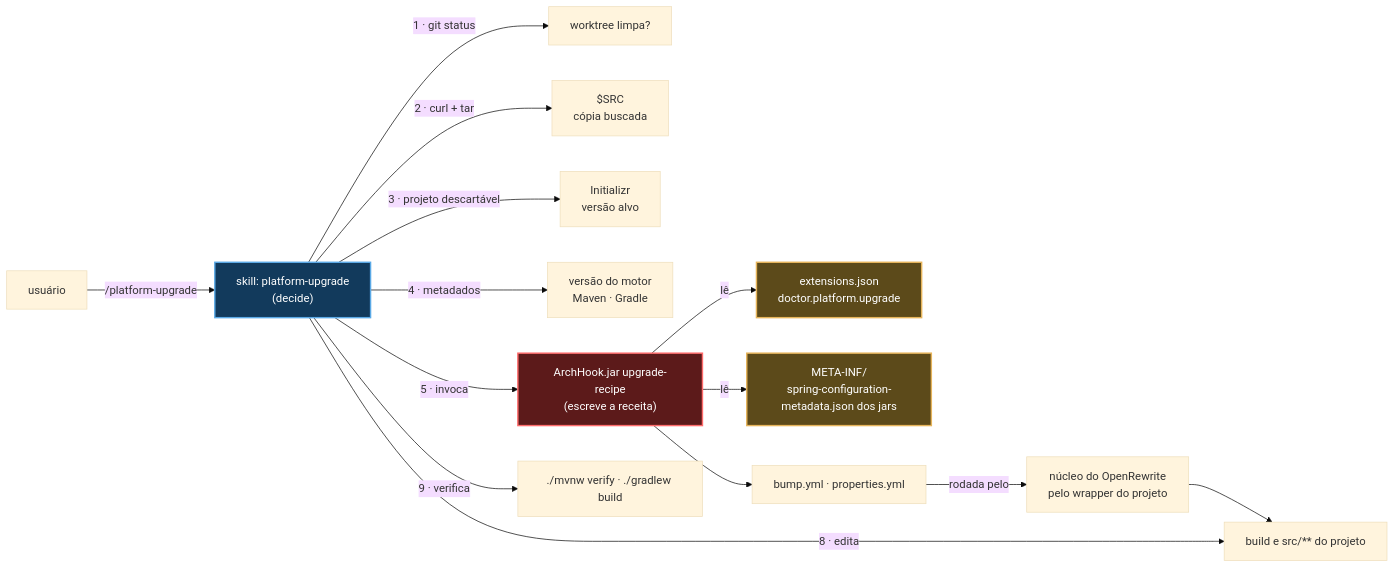
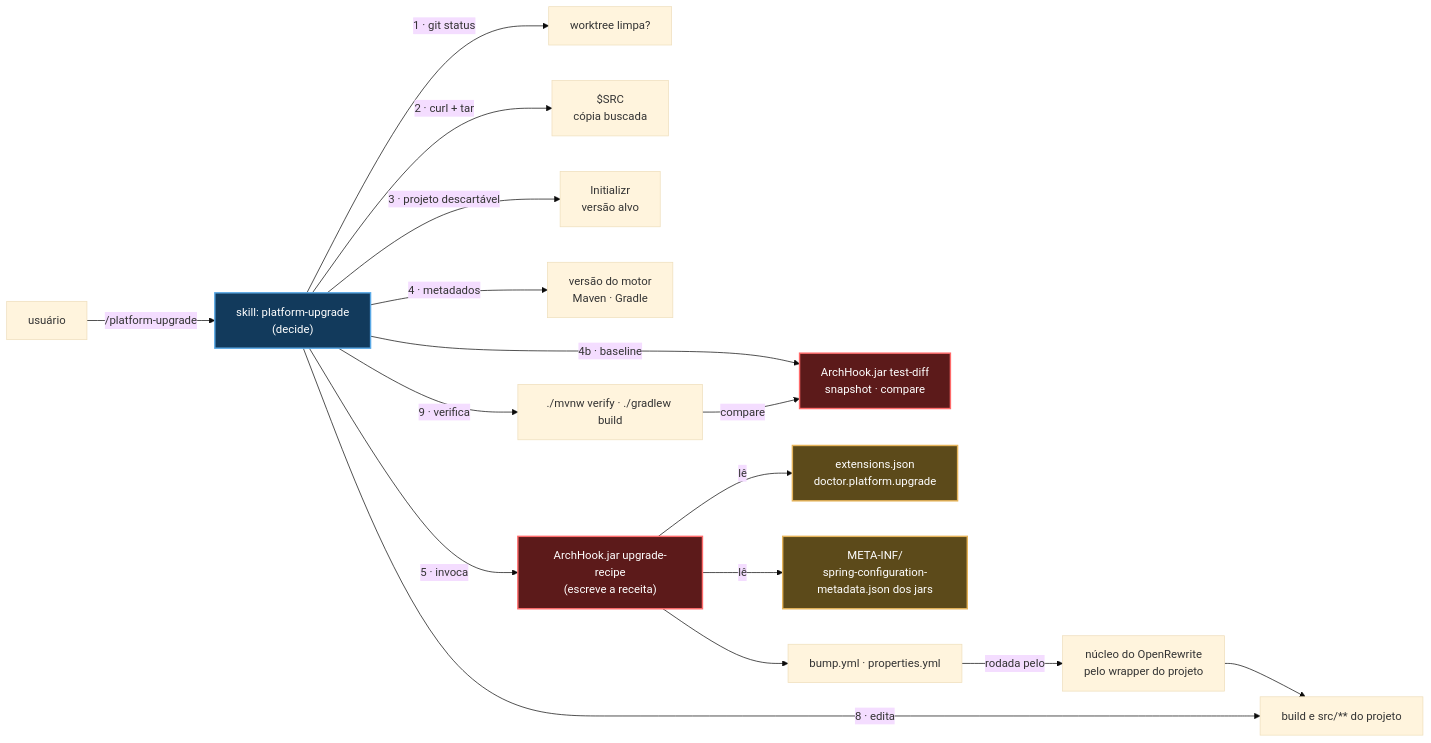
Before and after one commit to nerviz-ai/nerviz: the diagram in docs/pt-br/15-platform-upgrade.md, drawn with Mermaid (base theme). The commit also changed other lines of this file and 17 other files, not shown here.

````diff
--- a/docs/pt-br/15-platform-upgrade.md
+++ b/docs/pt-br/15-platform-upgrade.md
@@ -34,23 +39,25 @@
 ```mermaid
 flowchart LR
     U[usuário] -->|/platform-upgrade| SK["skill: platform-upgrade<br/>(decide)"]
     SK -->|1 · git status| G[worktree limpa?]
     SK -->|2 · curl + tar| SRC["$SRC<br/>cópia buscada"]
     SK -->|3 · projeto descartável| INI["Initializr<br/>versão alvo"]
     SK -->|4 · metadados| ENG["versão do motor<br/>Maven · Gradle"]
+    SK -->|4b · baseline| TD["ArchHook.jar test-diff<br/>snapshot · compare"]
     SK -->|5 · invoca| MODE["ArchHook.jar upgrade-recipe<br/>(escreve a receita)"]
     MODE -->|lê| DATA["extensions.json<br/>doctor.platform.upgrade"]
     MODE -->|lê| JARS["META-INF/<br/>spring-configuration-metadata.json dos jars"]
     MODE --> REC["bump.yml · properties.yml"]
     REC -->|rodada pelo| OR["núcleo do OpenRewrite<br/>pelo wrapper do projeto"]
     OR --> DIFF["build e src/** do projeto"]
     SK -->|8 · edita| DIFF
     SK -->|9 · verifica| VER["./mvnw verify · ./gradlew build"]
+    VER -->|compare| TD
 
     classDef skill fill:#123a5c,stroke:#5aa9e6,color:#fff,stroke-width:2px
     classDef hook fill:#5c1a1a,stroke:#ff6b6b,color:#fff,stroke-width:2px
     classDef data fill:#5c4a1a,stroke:#e6b45a,color:#fff,stroke-width:2px
     class SK skill
-    class MODE hook
+    class MODE,TD hook
     class DATA,JARS data
 ```
````
